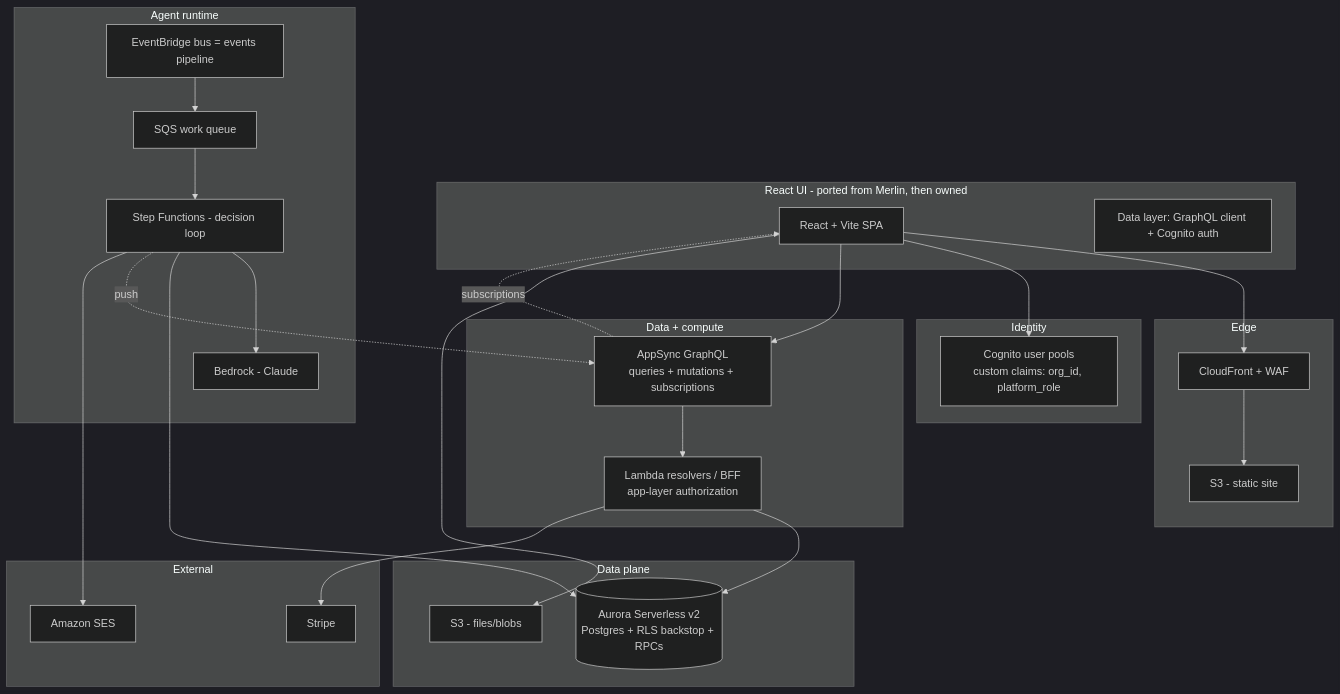
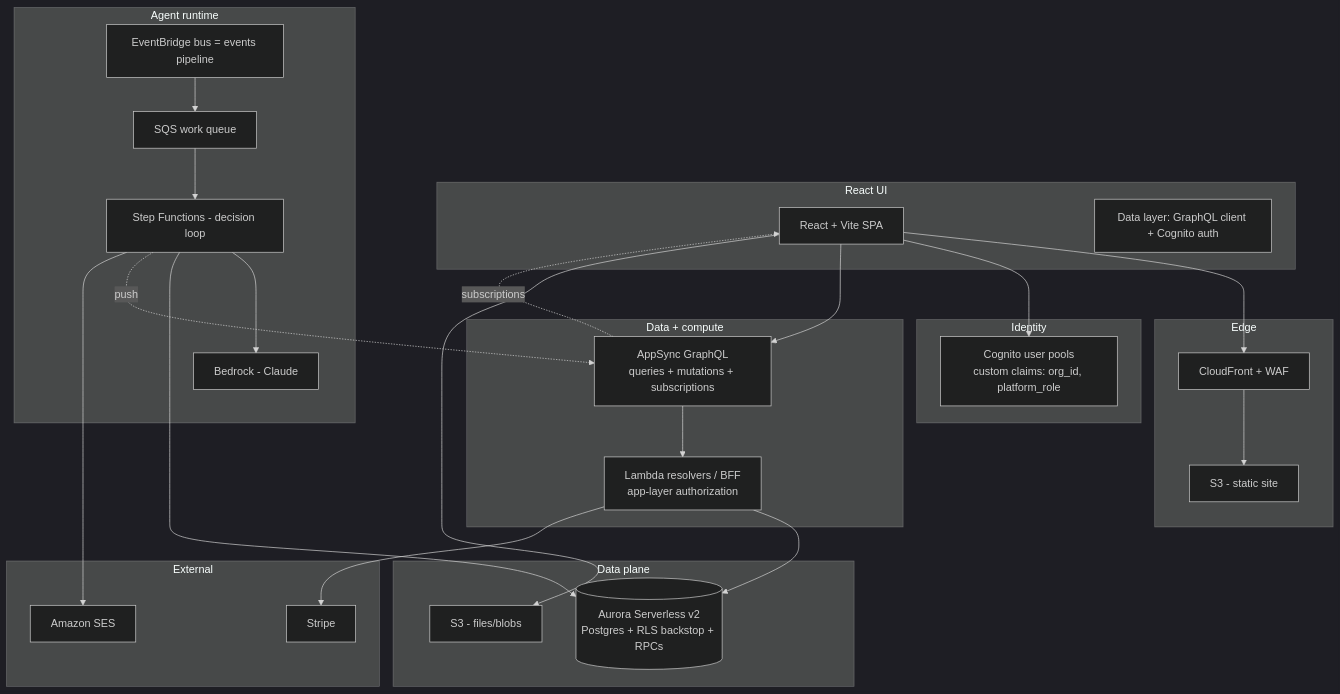
One commit to jbleonelli/stratos changed the diagram in ARCHITECTURE.md. Above: the diagram before and after it, drawn with Mermaid (dark theme). The commit also changed other lines of this file and 18 other files, not shown here.

````diff
--- a/ARCHITECTURE.md
+++ b/ARCHITECTURE.md
@@ -46,51 +38,51 @@
 ```mermaid
 flowchart TB
-  subgraph client [React UI - ported from Merlin, then owned]
+  subgraph client [React UI]
     SPA[React + Vite SPA]
     DL[Data layer: GraphQL client + Cognito auth]
   end
 
   subgraph edge [Edge]
     CF[CloudFront + WAF]
     S3W[S3 - static site]
   end
 
   subgraph auth [Identity]
     COG[Cognito user pools<br/>custom claims: org_id, platform_role]
   end
 
   subgraph api [Data + compute]
     APPSYNC[AppSync GraphQL<br/>queries + mutations + subscriptions]
     LR[Lambda resolvers / BFF<br/>app-layer authorization]
   end
 
   subgraph agents [Agent runtime]
     EB[EventBridge bus = events pipeline]
     SQS[SQS work queue]
     SF[Step Functions - decision loop]
     BR[Bedrock - Claude]
   end
 
   subgraph data [Data plane]
     AUR[(Aurora Serverless v2<br/>Postgres + RLS backstop + RPCs)]
     S3F[S3 - files/blobs]
   end
 
   subgraph ext [External]
     STRIPE[Stripe]
     SES[Amazon SES]
   end
 
   SPA --> CF --> S3W
   SPA --> COG
   SPA --> APPSYNC
   SPA --> S3F
   APPSYNC --> LR --> AUR
   APPSYNC -. subscriptions .-> SPA
   EB --> SQS --> SF
   SF --> BR
   SF --> AUR
   SF -. push .-> APPSYNC
   LR --> STRIPE
   SF --> SES
 ```
````
